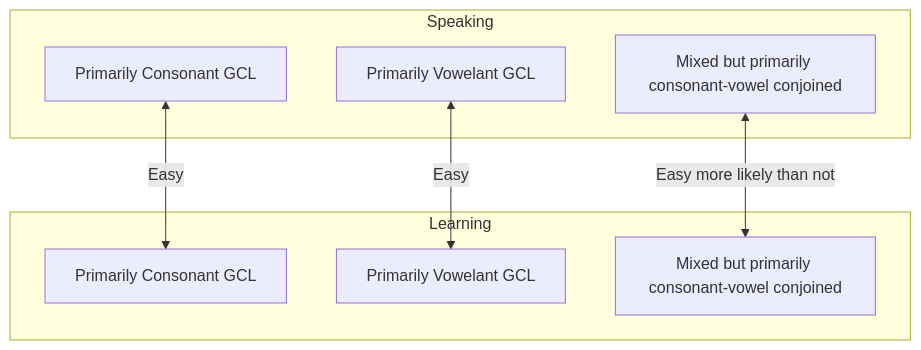
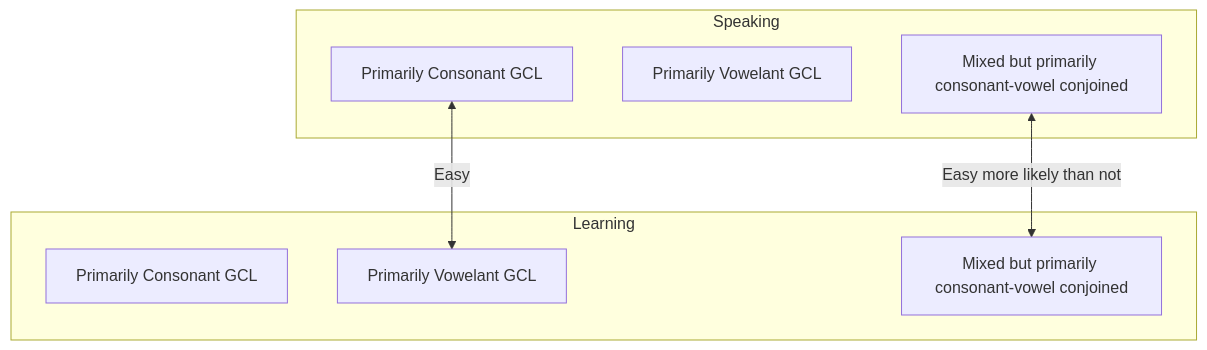
One commit to bendqh1/mermaid changed the diagram in general_communication_languages_categorization_for_learning.md. Above: the diagram before and after it, drawn with Mermaid. The commit also changed other lines of this file, not shown here.

````diff
--- a/general_communication_languages_categorization_for_learning.md
+++ b/general_communication_languages_categorization_for_learning.md
@@ -11,19 +11,18 @@
 ```mermaid
 flowchart TD
 
   subgraph A [Speaking]
     A1[Primarily Consonant GCL]
     A2[Primarily Vowelant GCL]
     A3[Mixed but primarily consonant-vowel conjoined]
   end
 
   subgraph B [Learning]
     B1[Primarily Consonant GCL]
     B2[Primarily Vowelant GCL]
     B3[Mixed but primarily consonant-vowel conjoined]
   end
 
-  A1 <-->|Easy| B1
-  A2 <-->|Easy| B2
+  A1 <-->|Easy| B2
   A3 <-->|Easy more likely than not| B3
 ```
````
